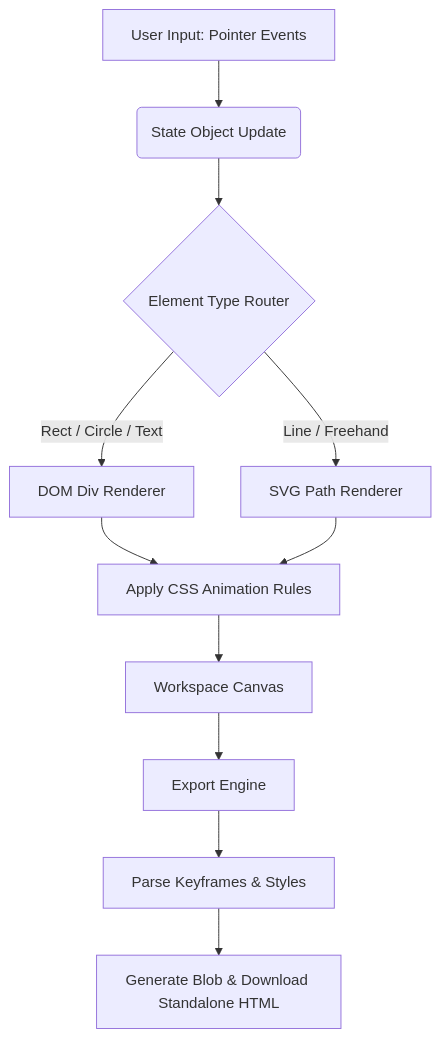
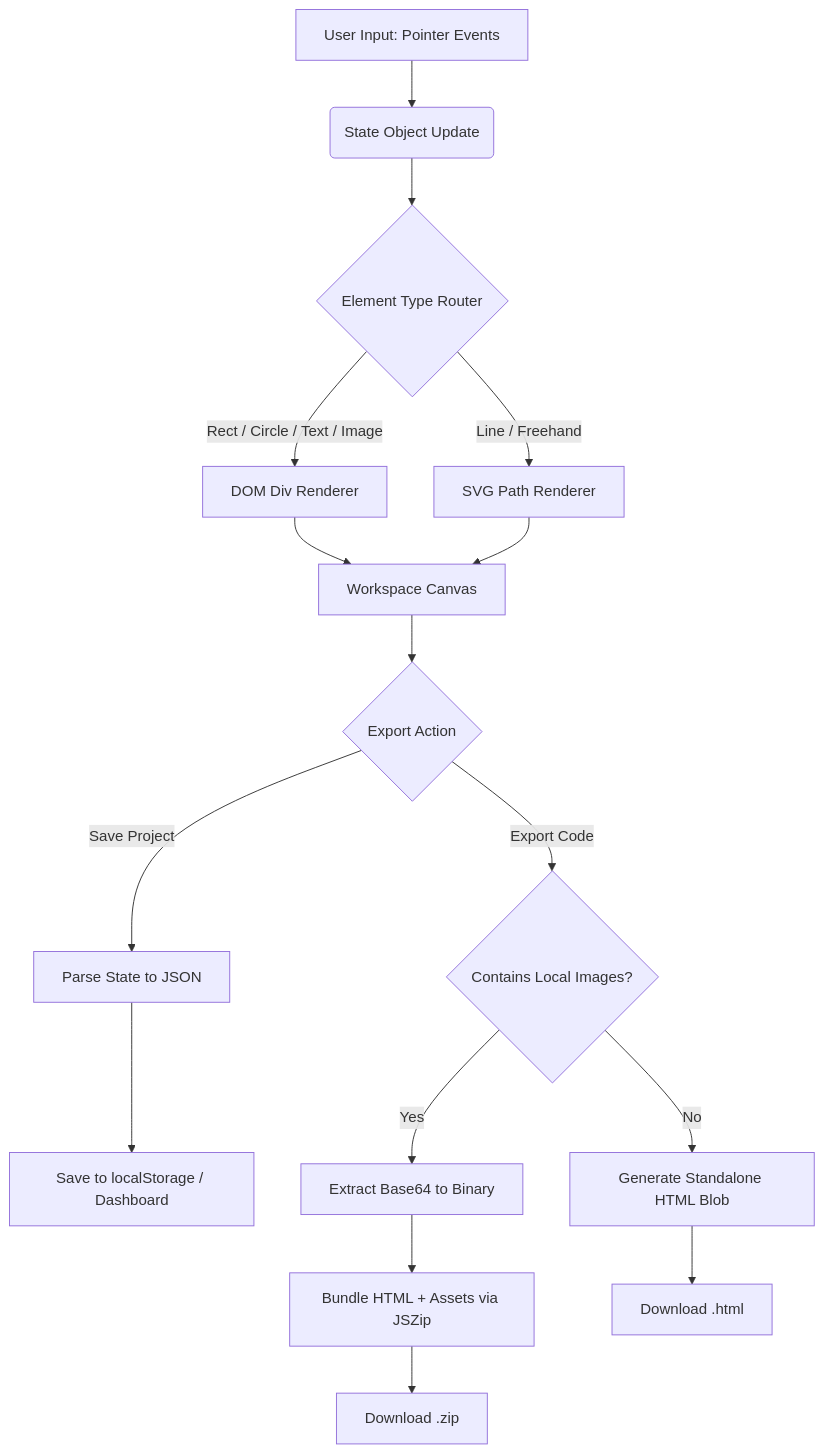
One commit to TejUzumaki/shape-into-website changed the diagram in README.md. Above: the diagram before and after it, drawn with Mermaid. The commit also changed other lines of this file, not shown here.

````diff
--- a/README.md
+++ b/README.md
@@ -44,13 +44,18 @@
 ```mermaid
 flowchart TD
     A[User Input: Pointer Events] --> B(State Object Update)
     B --> C{Element Type Router}
-    C -->|Rect / Circle / Text| D[DOM Div Renderer]
+    C -->|Rect / Circle / Text / Image| D[DOM Div Renderer]
     C -->|Line / Freehand| E[SVG Path Renderer]
-    D --> F[Apply CSS Animation Rules]
+    D --> F[Workspace Canvas]
     E --> F
-    F --> G[Workspace Canvas]
-    G --> H[Export Engine]
-    H --> I[Parse Keyframes & Styles]
-    I --> J[Generate Blob & Download Standalone HTML]
+    F --> G{Export Action}
+    G -->|Save Project| H[Parse State to JSON]
+    H --> I[Save to localStorage / Dashboard]
+    G -->|Export Code| J{Contains Local Images?}
+    J -->|No| K[Generate Standalone HTML Blob]
+    J -->|Yes| L[Extract Base64 to Binary]
+    L --> M[Bundle HTML + Assets via JSZip]
+    K --> N[Download .html]
+    M --> O[Download .zip]
 ```
````
